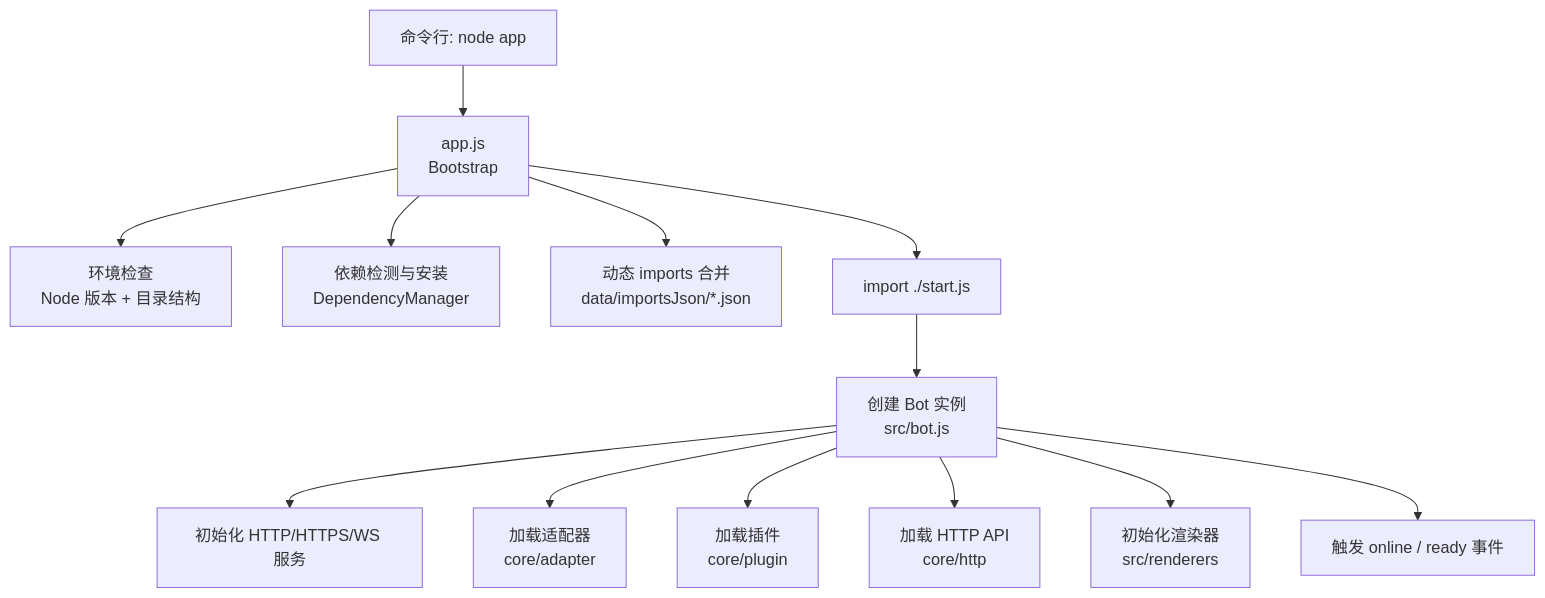
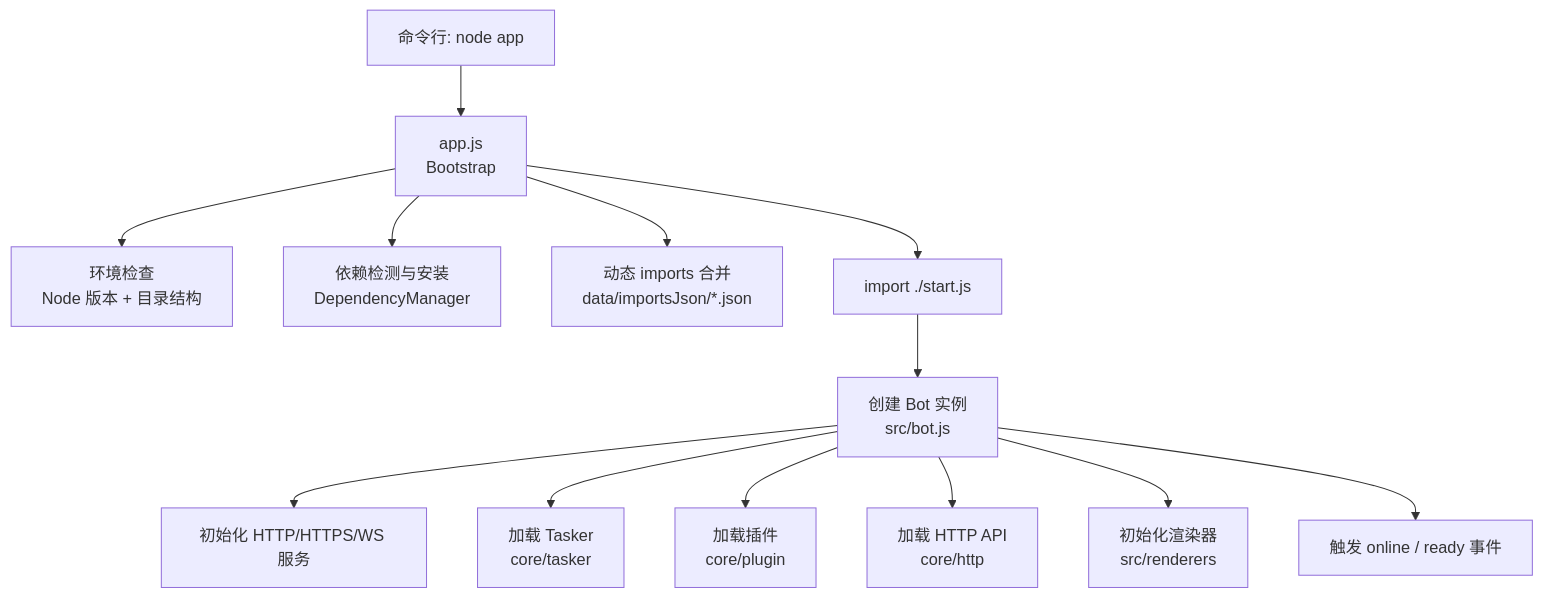
One commit to sunflowermm/XRK-AGT changed the first of 3 diagrams in docs/app-dev.md. Above: the diagram before and after it, drawn with Mermaid. The commit also changed 29 other files, not shown here.

````diff
--- a/docs/app-dev.md
+++ b/docs/app-dev.md
@@ -13,15 +13,15 @@
 ```mermaid
 flowchart TD
   Entry["命令行: node app"] --> Bootstrap["app.js\nBootstrap"]
   Bootstrap --> EnvCheck["环境检查\nNode 版本 + 目录结构"]
   Bootstrap --> Deps["依赖检测与安装\nDependencyManager"]
   Bootstrap --> Imports["动态 imports 合并\ndata/importsJson/*.json"]
   Bootstrap --> Start["import ./start.js"]
   Start --> Bot["创建 Bot 实例\nsrc/bot.js"]
   Bot --> Http["初始化 HTTP/HTTPS/WS 服务"]
-  Bot --> Adapters["加载适配器\ncore/adapter"]
+  Bot --> Taskers["加载 Tasker\ncore/tasker"]
   Bot --> Plugins["加载插件\ncore/plugin"]
   Bot --> ApiLoader["加载 HTTP API\ncore/http"]
   Bot --> Renderers["初始化渲染器\nsrc/renderers"]
   Bot --> Online["触发 online / ready 事件"]
 ```
````
